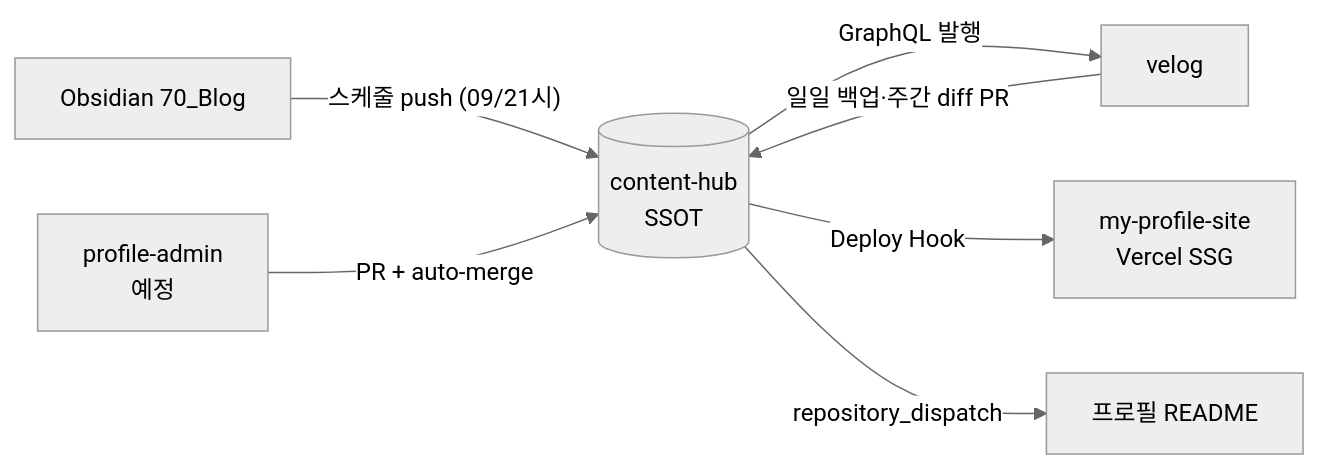
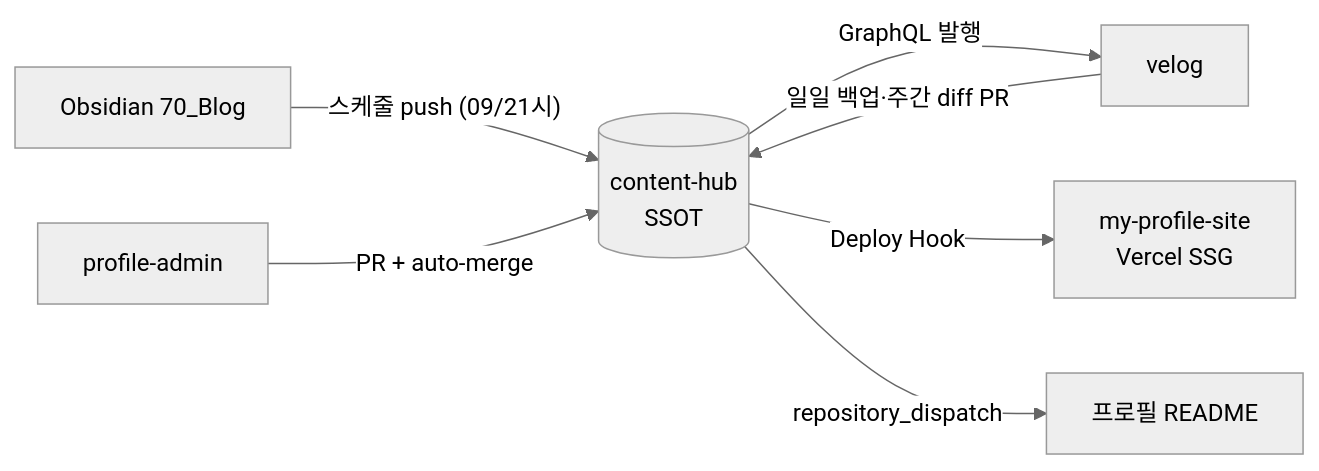
One commit to mygithub05253/my-profile-site changed the first of 2 diagrams in README.md. Above: the diagram before and after it, drawn with Mermaid (neutral theme). The commit also changed other lines of this file and 76 other files, not shown here.

````diff
--- a/README.md
+++ b/README.md
@@ -37,9 +37,9 @@
 ```mermaid
 flowchart LR
   OB[Obsidian 70_Blog] -->|"스케줄 push (09/21시)"| HUB[(content-hub<br/>SSOT)]
-  ADMIN[profile-admin<br/>예정] -->|PR + auto-merge| HUB
+  ADMIN[profile-admin] -->|PR + auto-merge| HUB
   HUB -->|GraphQL 발행| VELOG[velog]
   HUB -->|Deploy Hook| SITE[my-profile-site<br/>Vercel SSG]
   HUB -->|repository_dispatch| README[프로필 README]
   VELOG -->|일일 백업·주간 diff PR| HUB
 ```
````
